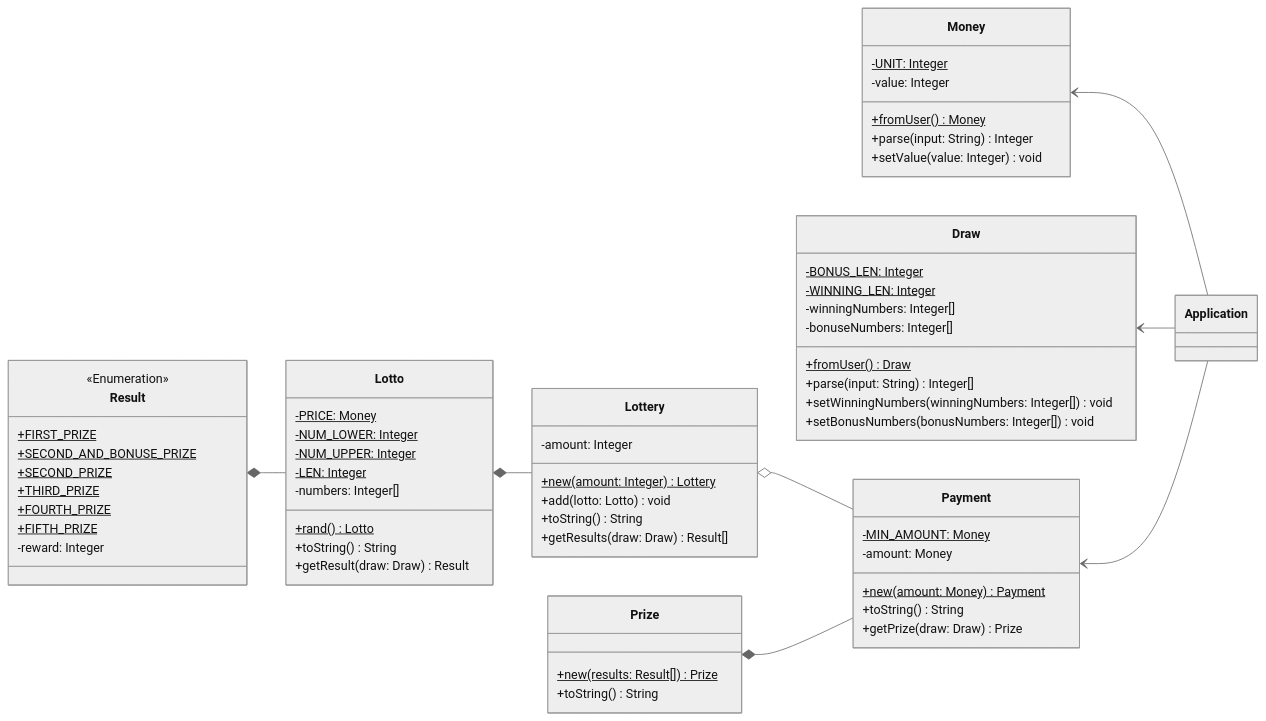
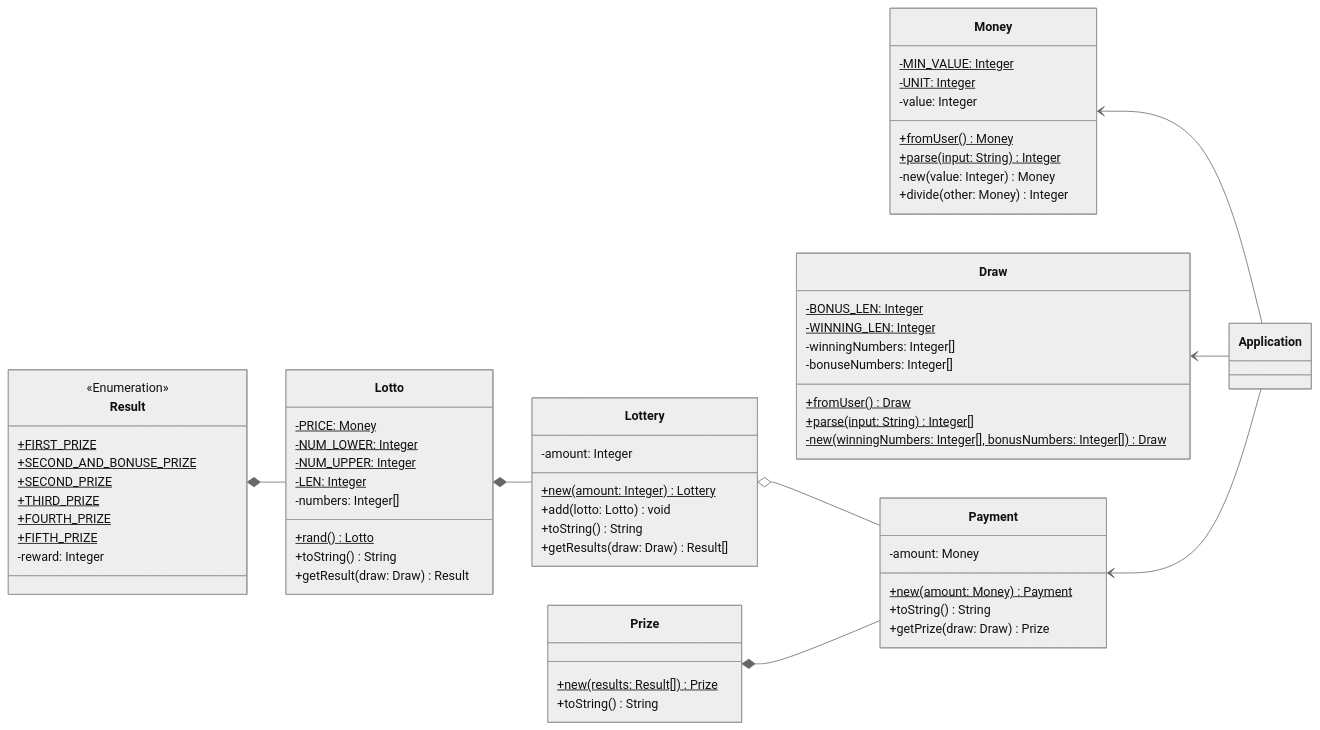
One commit to gdsc-konkuk/23-24_study_2nd_java-lotto-6 changed the sixth of 6 diagrams in docs/README.md. Above: the diagram before and after it, drawn with Mermaid (neutral theme). The commit also changed other lines of this file and 11 other files, not shown here.

````diff
--- a/docs/README.md
+++ b/docs/README.md
@@ -278,76 +292,76 @@
 ```mermaid
 classDiagram
     direction RL
     Application --> Money
     Application --> Draw
     Application --> Payment
     Payment --o Lottery
     Lottery --* Lotto
     Lotto --* Result
     Payment --* Prize
 
     class Application {
     }
 
     class Money {
+        -MIN_VALUE: Integer$
         -UNIT: Integer$
         -value: Integer
         +fromUser() Money$
-        +parse(input: String) Integer
-        +setValue(value: Integer) void
+        +parse(input: String) Integer$
+        -new(value: Integer) Money
+        +divide(other: Money) Integer
     }
 
     class Payment {
-        -MIN_AMOUNT: Money$
         -amount: Money
         +new(amount: Money) Payment$
         +toString() String
         +getPrize(draw: Draw) Prize
     }
 
     class Lottery {
         -amount: Integer
         +new(amount: Integer) Lottery$
         +add(lotto: Lotto) void
         +toString() String
         +getResults(draw: Draw) Result[]
     }
 
     class Lotto {
         -PRICE: Money$
         -NUM_LOWER: Integer$
         -NUM_UPPER: Integer$
         -LEN: Integer$
         -numbers: Integer[]
         +rand() Lotto$
         +toString() String
         +getResult(draw: Draw) Result
     }
 
     class Draw {
         -BONUS_LEN: Integer$
         -WINNING_LEN: Integer$
         -winningNumbers: Integer[]
         -bonuseNumbers: Integer[]
         +fromUser() Draw$
-        +parse(input: String) Integer[]
-        +setWinningNumbers(winningNumbers: Integer[]) void
-        +setBonusNumbers(bonusNumbers: Integer[]) void
+        +parse(input: String) Integer[]$
+        -new(winningNumbers: Integer[], bonusNumbers: Integer[]) Draw$
     }
 
     class Result {
         <<Enumeration>>
         +FIRST_PRIZE$
         +SECOND_AND_BONUSE_PRIZE$
         +SECOND_PRIZE$
         +THIRD_PRIZE$
         +FOURTH_PRIZE$
         +FIFTH_PRIZE$
         -reward: Integer
     }
 
     class Prize {
         +new(results: Result[]) Prize$
         +toString() String
     }
 ```
````
